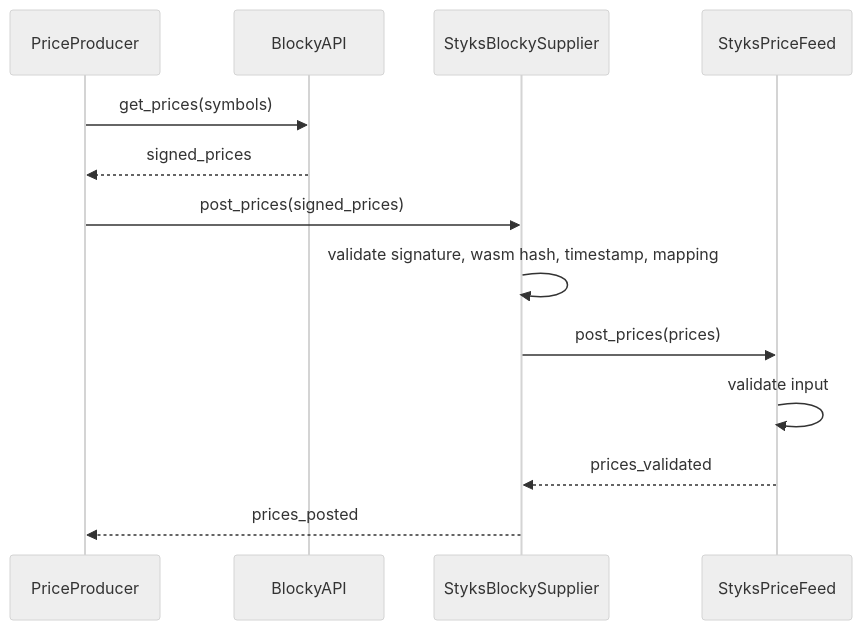
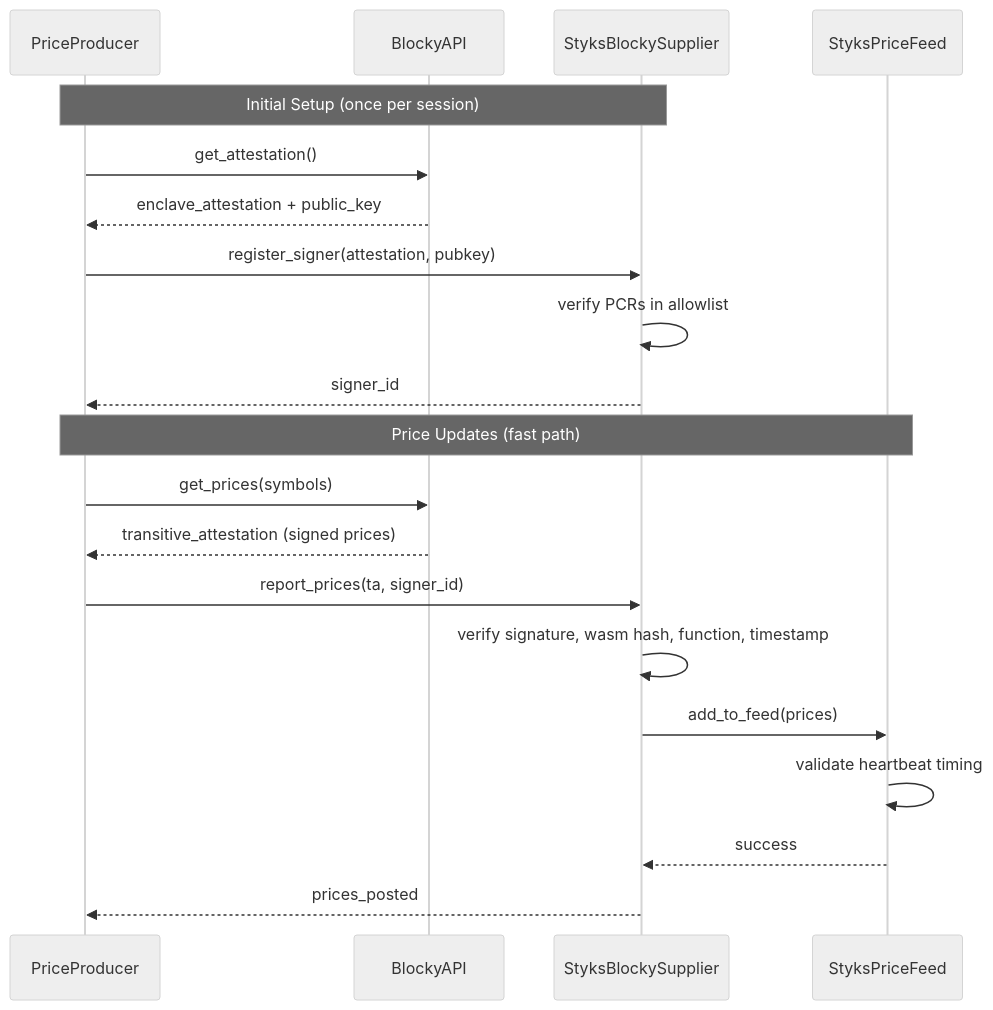
The second of 2 diagrams in README.md (odradev/styks), drawn with Mermaid (neutral theme) before and after one commit. The commit also changed other lines of this file and 17 other files, not shown here.

````diff
--- a/README.md
+++ b/README.md
@@ -269,18 +302,25 @@
 ```mermaid
 
 sequenceDiagram
     participant PriceProducer
     participant BlockyAPI
     participant StyksBlockySupplier
     participant StyksPriceFeed
 
+    Note over PriceProducer,StyksBlockySupplier: Initial Setup (once per session)
+    PriceProducer->>BlockyAPI: get_attestation()
+    BlockyAPI-->>PriceProducer: enclave_attestation + public_key
+    PriceProducer->>StyksBlockySupplier: register_signer(attestation, pubkey)
+    StyksBlockySupplier->>StyksBlockySupplier: verify PCRs in allowlist
+    StyksBlockySupplier-->>PriceProducer: signer_id
+
+    Note over PriceProducer,StyksPriceFeed: Price Updates (fast path)
     PriceProducer->>BlockyAPI: get_prices(symbols)
-    BlockyAPI-->>PriceProducer: signed_prices
-    PriceProducer->>StyksBlockySupplier: post_prices(signed_prices)
-    StyksBlockySupplier->>StyksBlockySupplier: validate signature, wasm hash, timestamp, mapping
-    StyksBlockySupplier->>StyksPriceFeed: post_prices(prices)
-
-    StyksPriceFeed->>StyksPriceFeed: validate input
-    StyksPriceFeed-->>StyksBlockySupplier: prices_validated
+    BlockyAPI-->>PriceProducer: transitive_attestation (signed prices)
+    PriceProducer->>StyksBlockySupplier: report_prices(ta, signer_id)
+    StyksBlockySupplier->>StyksBlockySupplier: verify signature, wasm hash, function, timestamp
+    StyksBlockySupplier->>StyksPriceFeed: add_to_feed(prices)
+    StyksPriceFeed->>StyksPriceFeed: validate heartbeat timing
+    StyksPriceFeed-->>StyksBlockySupplier: success
     StyksBlockySupplier-->>PriceProducer: prices_posted
 ```
````
